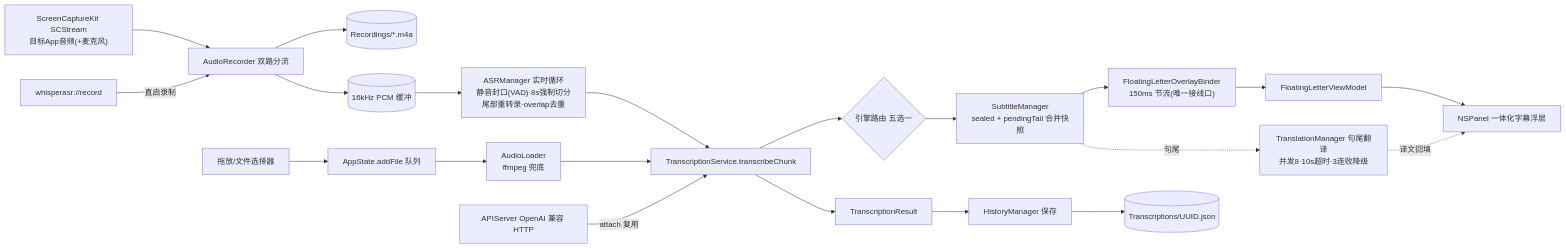
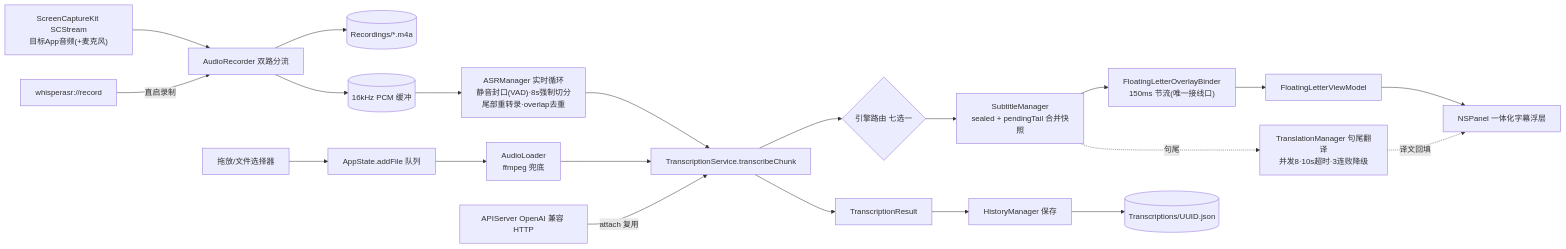
Before and after one commit to celiankk/whisperASR: the second of 2 diagrams in docs/当前架构图.md, drawn with Mermaid. The commit also changed other lines of this file and 163 other files, not shown here.

````diff
--- a/docs/当前架构图.md
+++ b/docs/当前架构图.md
@@ -118,31 +133,31 @@
 ```mermaid
 flowchart LR
     SC["ScreenCaptureKit SCStream<br/>目标App音频(+麦克风)"]
     REC2["AudioRecorder 双路分流"]
     F1[("Recordings/*.m4a")]
     PCM[("16kHz PCM 缓冲")]
     LP["ASRManager 实时循环<br/>静音封口(VAD)·8s强制切分<br/>尾部重转录·overlap去重"]
     TC["TranscriptionService.transcribeChunk"]
-    EN{"引擎路由 五选一"}
+    EN{"引擎路由 七选一"}
     SEG["SubtitleManager<br/>sealed + pendingTail 合并快照"]
     BI["FloatingLetterOverlayBinder<br/>150ms 节流(唯一接线口)"]
     VMW["FloatingLetterViewModel"]
     PANEL["NSPanel 一体化字幕浮层"]
     TR2["TranslationManager 句尾翻译<br/>并发8·10s超时·3连败降级"]
     DROP["拖放/文件选择器"]
     QUEUE["AppState.addFile 队列"]
     AL2["AudioLoader<br/>ffmpeg 兜底"]
     RES["TranscriptionResult"]
     HM2["HistoryManager 保存"]
     ST2[("Transcriptions/UUID.json")]
     APS["APIServer OpenAI 兼容 HTTP"]
     URLS["whisperasr://record"]
 
     SC --> REC2
     REC2 --> F1
     REC2 --> PCM --> LP --> TC --> EN --> SEG --> BI --> VMW --> PANEL
     SEG -.句尾.-> TR2 -.译文回填.-> PANEL
     DROP --> QUEUE --> AL2 --> TC --> RES --> HM2 --> ST2
     APS -->|attach 复用| TC
     URLS -->|直启录制| REC2
 ```
````
